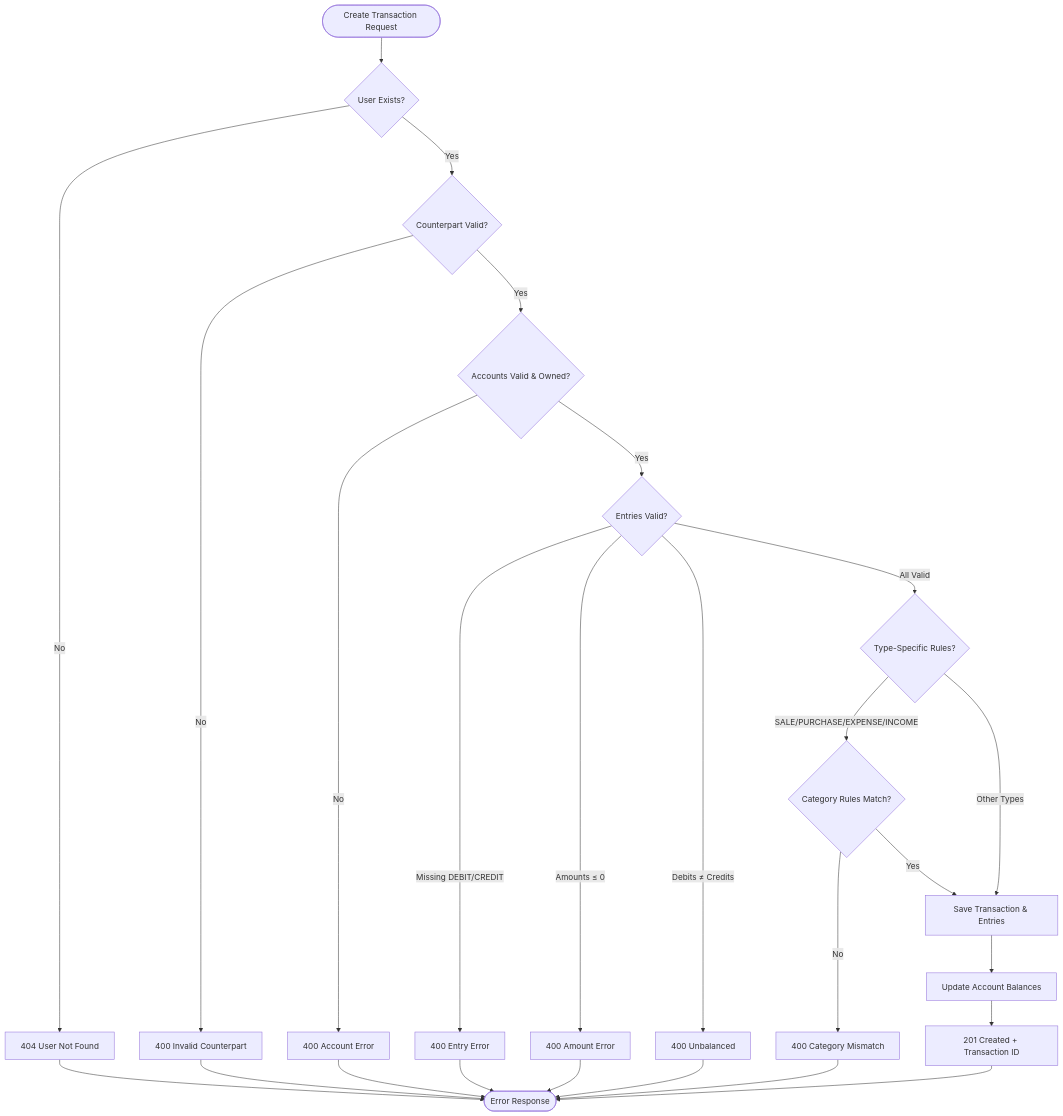
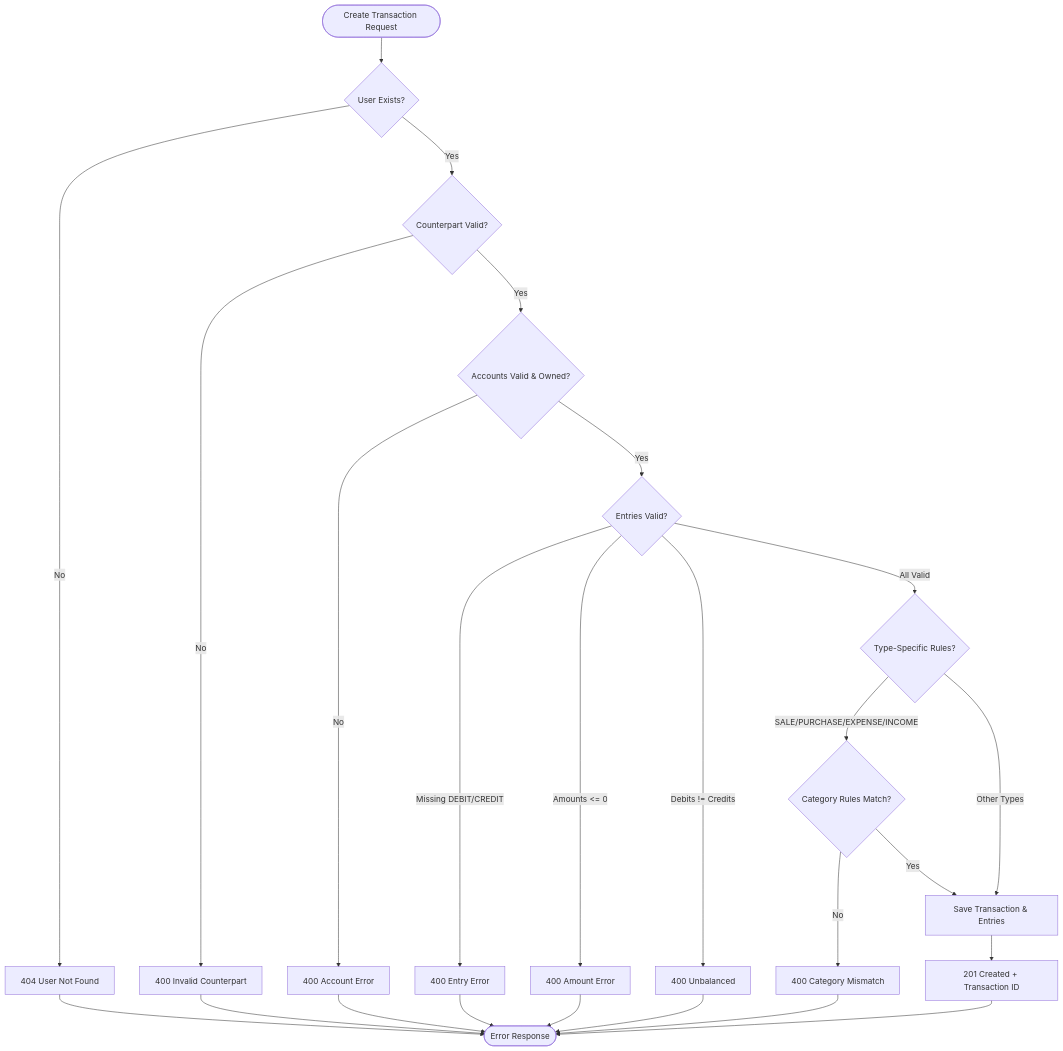
Before and after one commit to 0DhruvHere0/DualEntry: the second of 4 diagrams in README.md, drawn with Mermaid. The commit also changed other lines of this file, not shown here.

````diff
--- a/README.md
+++ b/README.md
@@ -180,36 +126,35 @@
 ```mermaid
 flowchart TD
     START([Create Transaction Request]) --> VALIDATE_USER{User Exists?}
     VALIDATE_USER -->|No| ERROR_USER[404 User Not Found]
     VALIDATE_USER -->|Yes| VALIDATE_CP{Counterpart Valid?}
     
     VALIDATE_CP -->|No| ERROR_CP[400 Invalid Counterpart]
     VALIDATE_CP -->|Yes| VALIDATE_ACCOUNTS{Accounts Valid & Owned?}
     
     VALIDATE_ACCOUNTS -->|No| ERROR_ACC[400 Account Error]
     VALIDATE_ACCOUNTS -->|Yes| VALIDATE_ENTRIES{Entries Valid?}
     
     VALIDATE_ENTRIES -->|Missing DEBIT/CREDIT| ERROR_ENTRY[400 Entry Error]
-    VALIDATE_ENTRIES -->|Amounts ≤ 0| ERROR_AMT[400 Amount Error]
-    VALIDATE_ENTRIES -->|Debits ≠ Credits| ERROR_BALANCE[400 Unbalanced]
+    VALIDATE_ENTRIES -->|Amounts <= 0| ERROR_AMT[400 Amount Error]
+    VALIDATE_ENTRIES -->|Debits != Credits| ERROR_BALANCE[400 Unbalanced]
     
     VALIDATE_ENTRIES -->|All Valid| CHECK_TYPE{Type-Specific Rules?}
     
     CHECK_TYPE -->|SALE/PURCHASE/EXPENSE/INCOME| VALIDATE_CATEGORY{Category Rules Match?}
     VALIDATE_CATEGORY -->|No| ERROR_CAT[400 Category Mismatch]
     VALIDATE_CATEGORY -->|Yes| PERSIST
     
     CHECK_TYPE -->|Other Types| PERSIST
     
-    PERSIST[Save Transaction & Entries] --> UPDATE_BALANCES[Update Account Balances]
-    UPDATE_BALANCES --> SUCCESS[201 Created + Transaction ID]
+    PERSIST[Save Transaction & Entries] --> SUCCESS[201 Created + Transaction ID]
     
     ERROR_USER --> END([Error Response])
     ERROR_CP --> END
     ERROR_ACC --> END
     ERROR_ENTRY --> END
     ERROR_AMT --> END
     ERROR_BALANCE --> END
     ERROR_CAT --> END
     SUCCESS --> END
 ```
````
